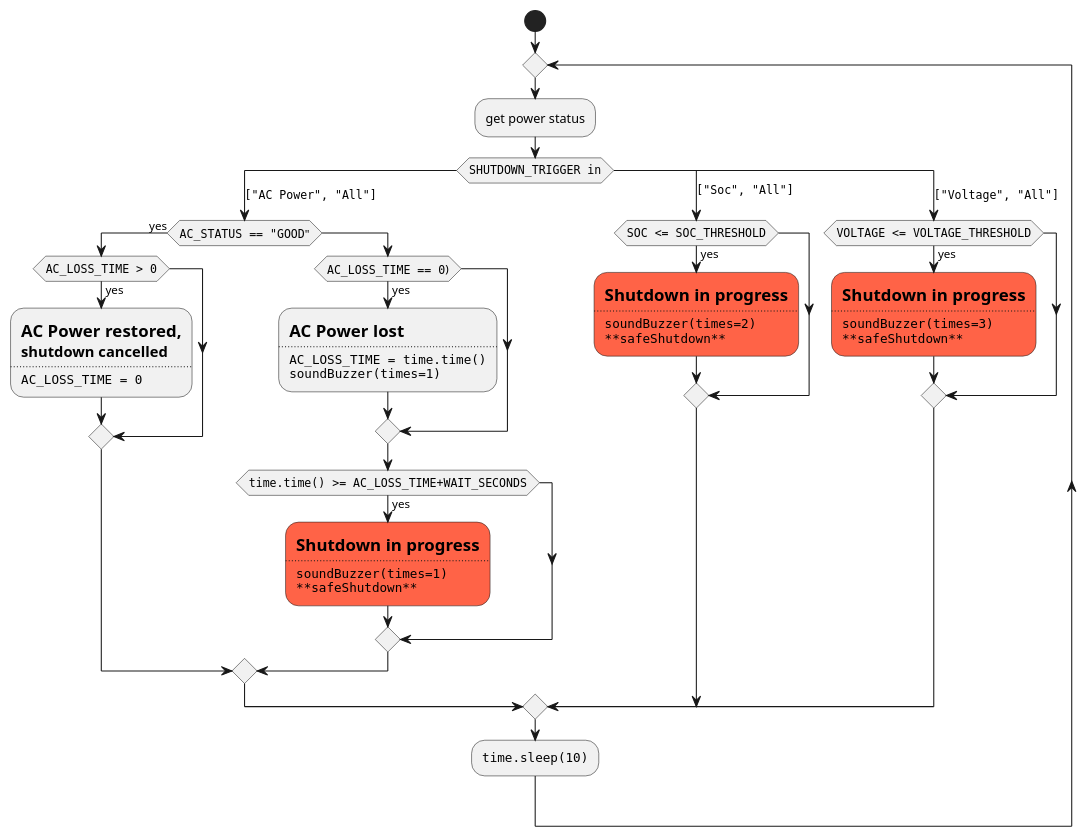
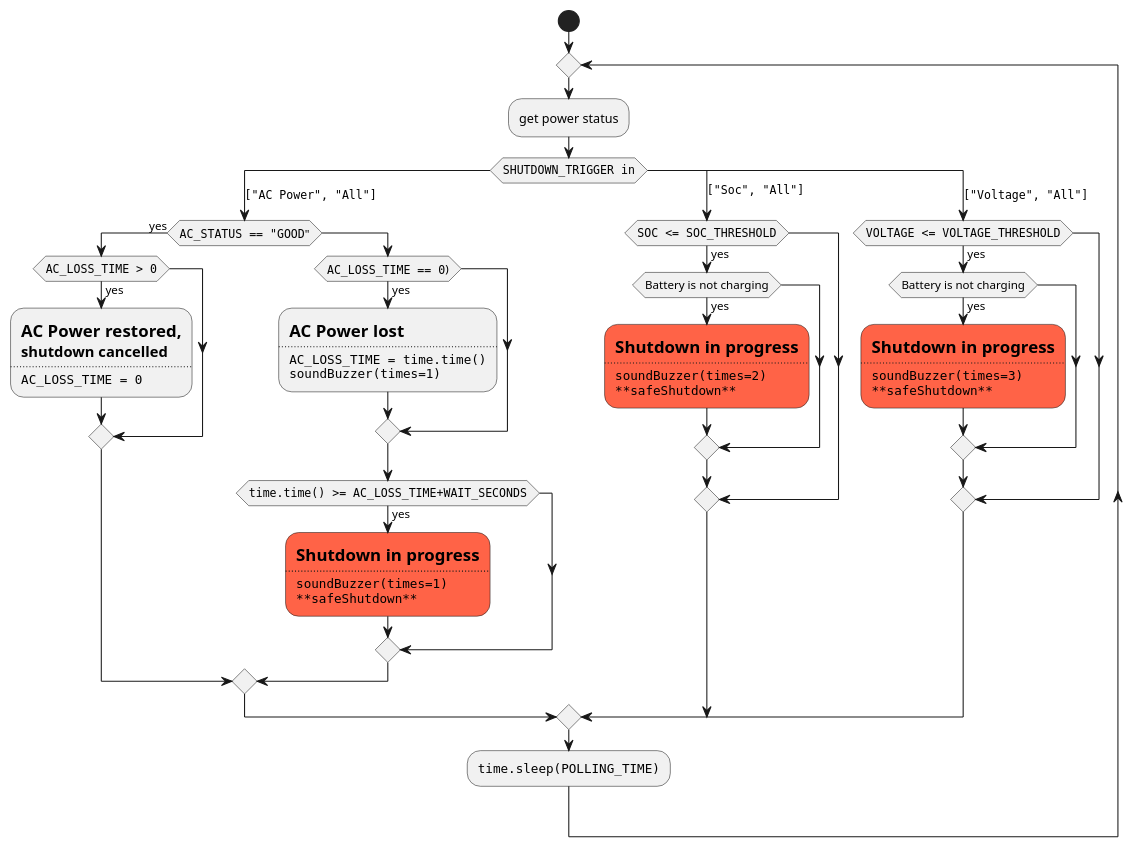
Before and after one commit to majki09/x728: the diagram in diagram_main_loop.puml, drawn with PlantUML. The commit also changed 1 other file, not shown here.

Commit message:
Minor update: - README.md fix, - main loop diagram updated.

```diff
--- a/diagram_main_loop.puml
+++ b/diagram_main_loop.puml
@@ -1,58 +1,62 @@
 @startuml
 
 start
 repeat
     :get power status;
     switch (""SHUTDOWN_TRIGGER in"")
     case (""["AC Power", "All"]"")
         if (""AC_STATUS == "GOOD""") then (yes)
             if (""AC_LOSS_TIME > 0"") then (yes)
                 :=AC Power restored,
                 ==shutdown cancelled
                 ....
                 <code>
                 AC_LOSS_TIME = 0
                 </code>;
             endif
         else
             if (""AC_LOSS_TIME == 0"")) then (yes)
                 :=AC Power lost
                 ....
                 <code>
                 AC_LOSS_TIME = time.time()
                 soundBuzzer(times=1)
                 </code>;
             endif
             if (""time.time() >= AC_LOSS_TIME+WAIT_SECONDS"") then (yes)
                 #tomato:=Shutdown in progress
                 ....
                 <code>
                 soundBuzzer(times=1)
                 **safeShutdown**
                 </code>;
             endif
         endif
     case (""["Soc", "All"]"")
         if (""SOC <= SOC_THRESHOLD"") then (yes)
-            #tomato:=Shutdown in progress
-            ....
-            <code>
-            soundBuzzer(times=2)
-            **safeShutdown**
-            </code>;
+            if (Battery is not charging) then (yes)
+                #tomato:=Shutdown in progress
+                ....
+                <code>
+                soundBuzzer(times=2)
+                **safeShutdown**
+                </code>;
+            endif
         endif
     case (""["Voltage", "All"]"")
         if (""VOLTAGE <= VOLTAGE_THRESHOLD"") then (yes)
-            #tomato:=Shutdown in progress
-            ....
-            <code>
-            soundBuzzer(times=3)
-            **safeShutdown**
-            </code>;
+            if (Battery is not charging) then (yes)
+                #tomato:=Shutdown in progress
+                ....
+                <code>
+                soundBuzzer(times=3)
+                **safeShutdown**
+                </code>;
+            endif
         endif
     endswitch
-    :""time.sleep(10)"";
+    :""time.sleep(POLLING_TIME)"";
 repeat while;
 
 
 @enduml
```
